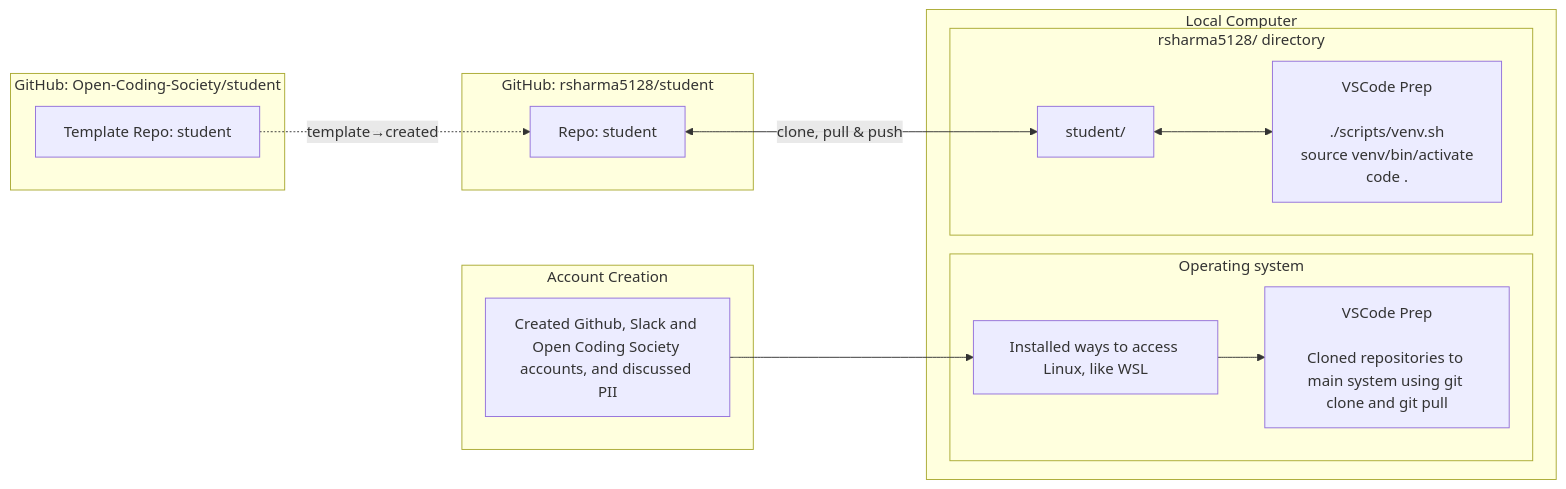
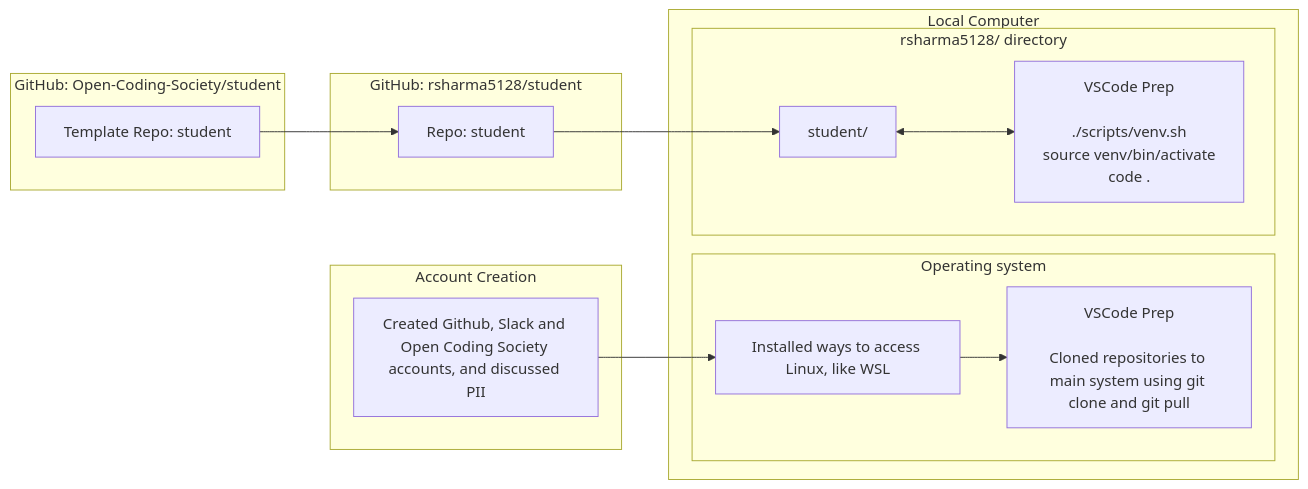
The second of 2 diagrams in navigation/journey.md (rsharma5128/student), drawn with Mermaid before and after one commit.

Commit message:
fixing arrows

````diff
--- a/navigation/journey.md
+++ b/navigation/journey.md
@@ -59,39 +59,39 @@
 ```mermaid
 flowchart LR
     %% GitHub Sources
     subgraph GitHub_Pages[Account Creation]
         A[Created Github, Slack and Open Coding Society accounts, and discussed PII]:::repo
     end
 
     subgraph GitHub_Template[GitHub: Open-Coding-Society/student]
         T[Template Repo: student]:::repo
     end
 
     subgraph GitHub_Student[GitHub: rsharma5128/student]
         B[Repo: student]:::repo
     end
 
     %% Operating system
     subgraph Local[Local Computer]
         subgraph opencs_dir[Operating system]
             C[Installed ways to access Linux, like WSL]:::local
             Ccmd[VSCode Prep<br/><br/>Cloned repositories to main system using git clone and git pull]:::cmd
         end
         subgraph user_dir[rsharma5128/ directory]
             D[student/]:::local
             Dcmd[VSCode Prep<br/><br/>./scripts/venv.sh<br/>source venv/bin/activate<br/>code .]:::cmd
         end
     end
 
     %% Arrows: cloning
     A --> C
-    B <--> |clone, pull & push| D
+    B --> D
 
     %% Arrows: template relationship
-    T -.->|template→created| B
+    T --> B
 
     %% Arrows: commands
     C --> Ccmd
     D <--> Dcmd
 
 ```
````
